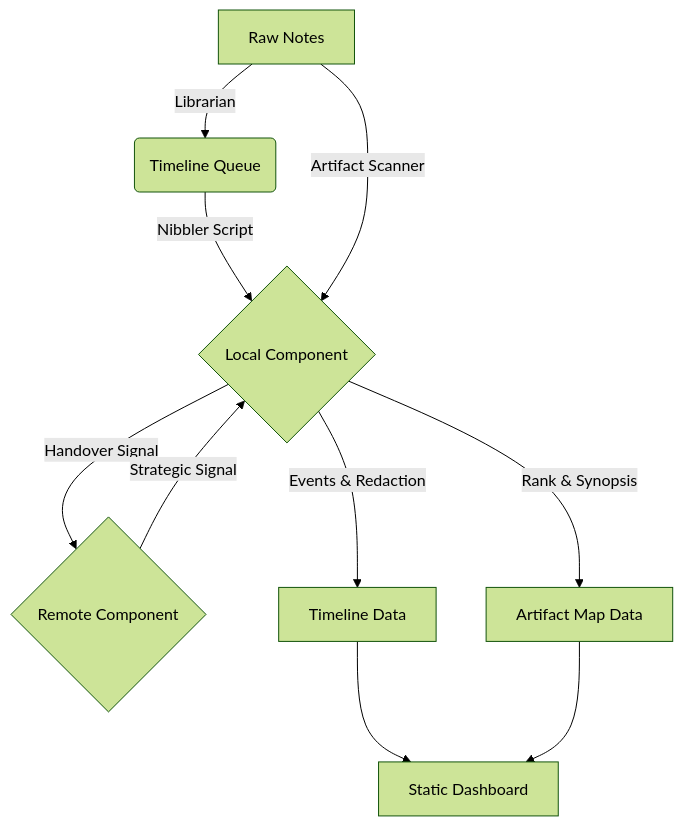
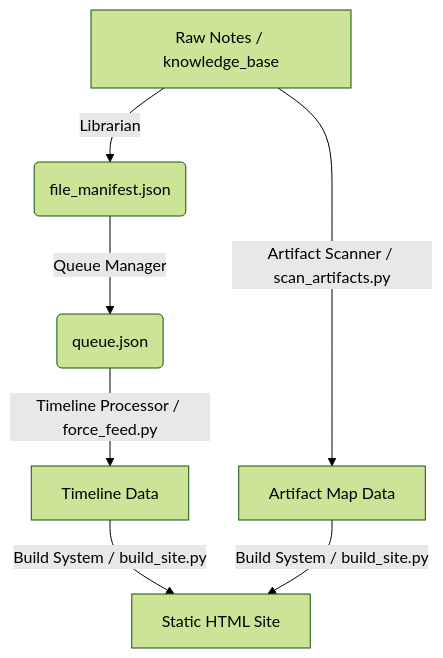
One commit to kEnder242/Portfolio_Dev changed the diagram in README.md. Above: the diagram before and after it, drawn with Mermaid (forest theme). The commit also changed other lines of this file, not shown here.

Commit message:
docs: modernize README with Zero-Framework Native Architecture and update script details

````diff
--- a/README.md
+++ b/README.md
@@ -29,11 +31,8 @@
 ```mermaid
 graph TD
-    A[Raw Notes] -->|Librarian| B(Timeline Queue)
-    B -->|Nibbler Script| C{"Local Component"}
-    A -->|Artifact Scanner| C
-    C -->|Handover Signal| G{"Remote Component"}
-    G -->|Strategic Signal| C
-    C -->|Events & Redaction| D[Timeline Data]
-    C -->|Rank & Synopsis| E[Artifact Map Data]
-    D & E --> F[Static Dashboard]
+    A[Raw Notes / knowledge_base] -->|Librarian| B(file_manifest.json)
+    B -->|Queue Manager| C(queue.json)
+    C -->|Timeline Processor / force_feed.py| D[Timeline Data]
+    A -->|Artifact Scanner / scan_artifacts.py| E[Artifact Map Data]
+    D & E -->|Build System / build_site.py| F[Static HTML Site]
 ```
````
